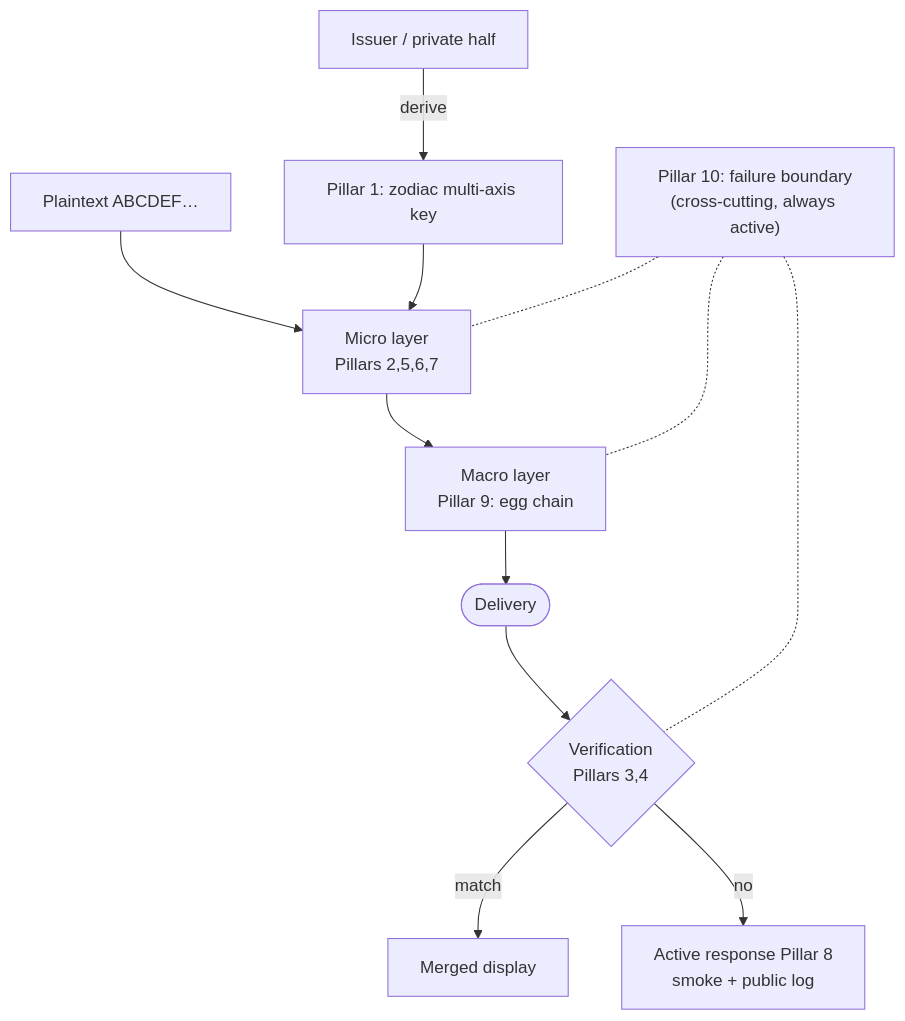
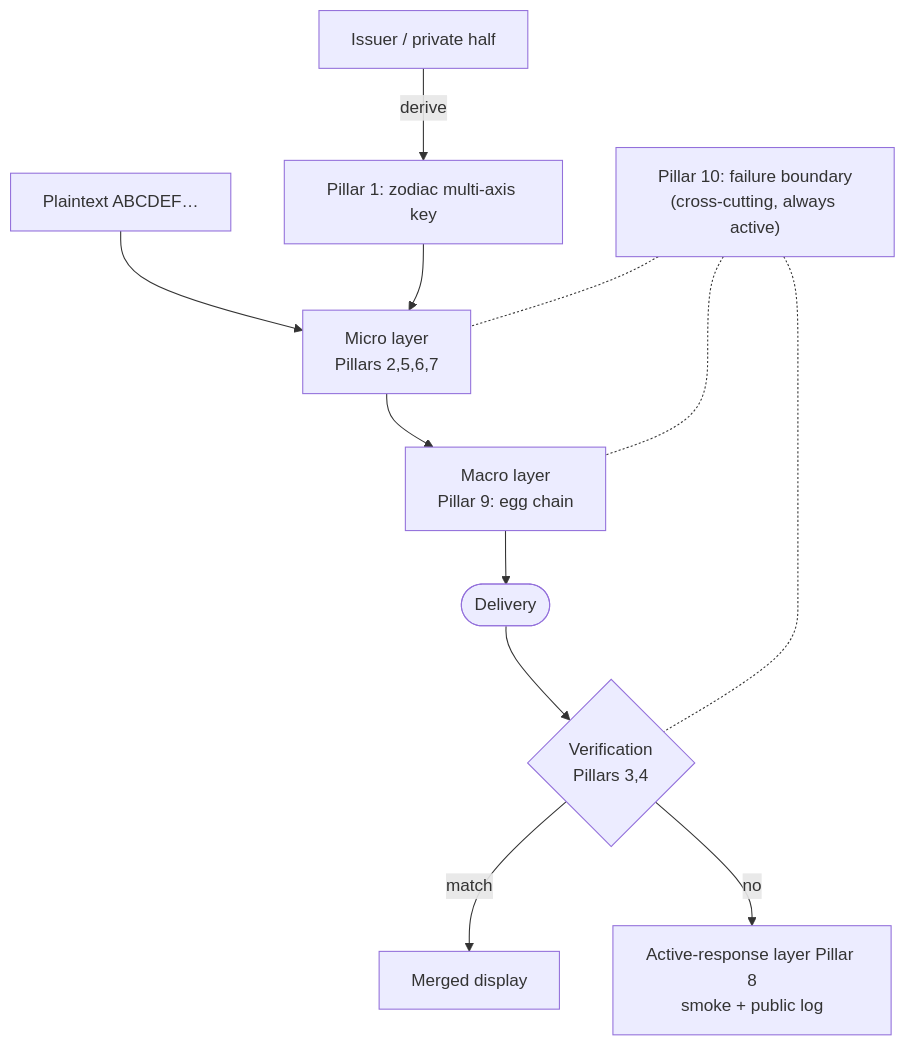
One commit to midorienhita-commits/human-cord changed the diagram in docs/figures/architecture.en.mmd. Above: the diagram before and after it, drawn with Mermaid. The commit also changed 3 other files, not shown here.

```diff
--- a/docs/figures/architecture.en.mmd
+++ b/docs/figures/architecture.en.mmd
@@ -1,13 +1,13 @@
 flowchart TB
     issuer[Issuer / private half] -->|derive| kdf["Pillar 1: zodiac multi-axis key"]
     plain["Plaintext ABCDEF…"] --> micro["Micro layer<br/>Pillars 2,5,6,7"]
     kdf --> micro
     micro --> macro["Macro layer<br/>Pillar 9: egg chain"]
     macro --> deliver([Delivery])
     deliver --> verify{"Verification<br/>Pillars 3,4"}
     verify -->|match| merged[Merged display]
-    verify -->|no| smoke["Active response Pillar 8<br/>smoke + public log"]
+    verify -->|no| smoke["Active-response layer Pillar 8<br/>smoke + public log"]
     boundary["Pillar 10: failure boundary<br/>(cross-cutting, always active)"]
     boundary -.- micro
     boundary -.- macro
     boundary -.- verify
```
